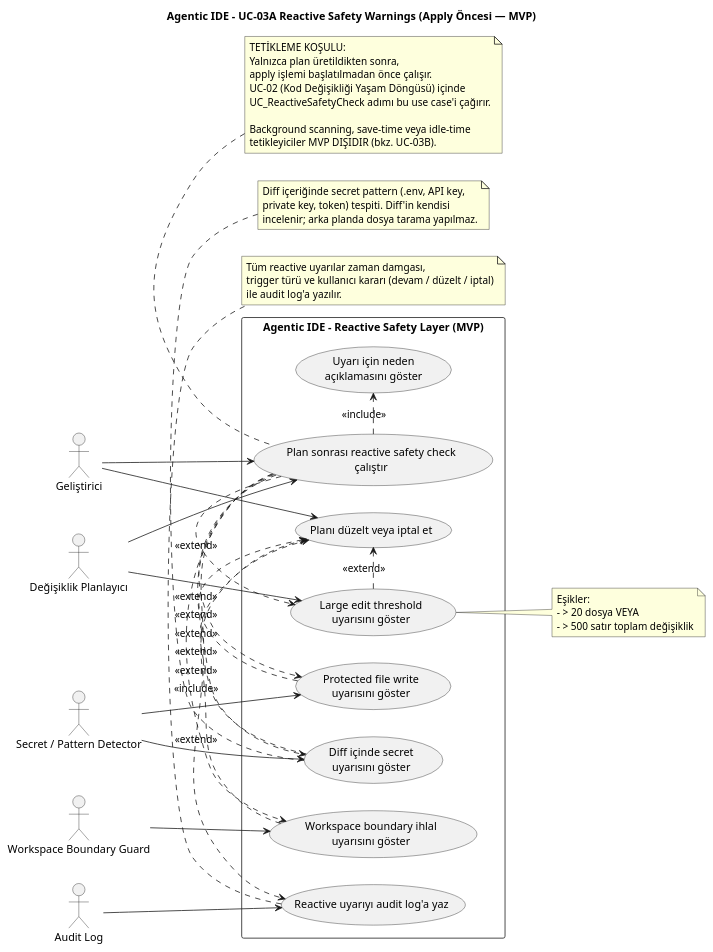
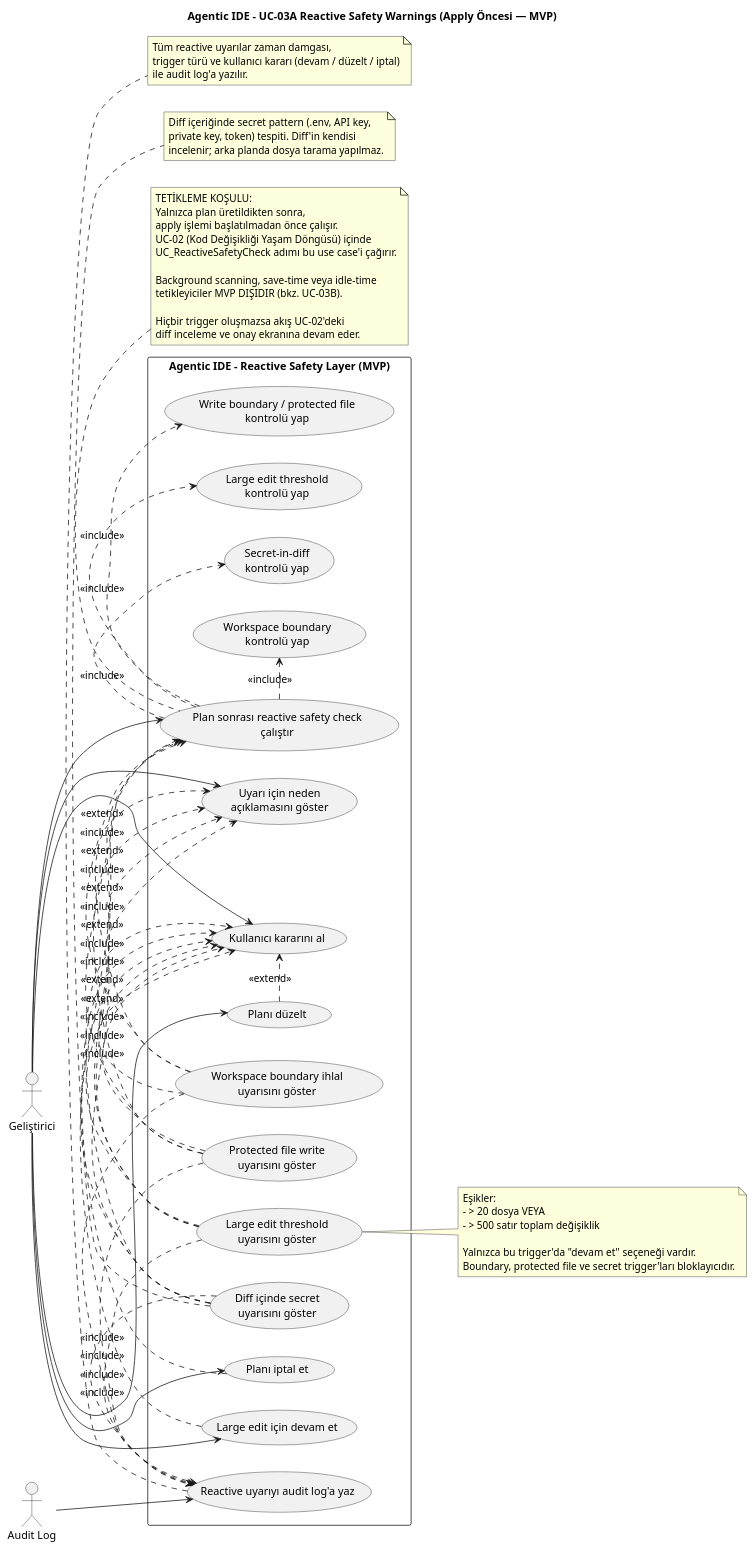
One commit to TurkishKEBAB/Agentic-Ide changed the diagram in diagrams/UC/UC-03A-reactive-safety-warnings.puml. Above: the diagram before and after it, drawn with PlantUML. The commit also changed 89 other files, not shown here.

```diff
--- a/diagrams/UC/UC-03A-reactive-safety-warnings.puml
+++ b/diagrams/UC/UC-03A-reactive-safety-warnings.puml
@@ -1,78 +1,100 @@
-@startuml
+@startuml UC_03A_reactive_safety_warnings
 title Agentic IDE - UC-03A Reactive Safety Warnings (Apply Öncesi — MVP)
 left to right direction
 skinparam packageStyle rectangle
 skinparam shadowing false
 
 ' KAPSAM: Bu use case yalnızca KULLANICI TETİKLEMELİ akış içinde,
 ' plan üretildikten sonra ve apply edilmeden önce çalışır.
 ' Background (arka plan) proaktif analiz MVP DIŞIDIR (bkz. UC-03B).
 
 actor "Geliştirici" as Developer
-actor "Değişiklik Planlayıcı" as ChangePlanner
-actor "Secret / Pattern Detector" as SecretDetector
-actor "Workspace Boundary Guard" as BoundaryGuard
 actor "Audit Log" as AuditLog
 
 rectangle "Agentic IDE - Reactive Safety Layer (MVP)" {
   usecase "Plan sonrası reactive safety check\nçalıştır" as UC_RunReactiveCheck
+  usecase "Workspace boundary\nkontrolü yap" as UC_CheckBoundary
+  usecase "Write boundary / protected file\nkontrolü yap" as UC_CheckProtectedWrite
+  usecase "Large edit threshold\nkontrolü yap" as UC_CheckLargeEdit
+  usecase "Secret-in-diff\nkontrolü yap" as UC_CheckSecretInDiff
   usecase "Workspace boundary ihlal\nuyarısını göster" as UC_ShowBoundaryViolation
   usecase "Protected file write\nuyarısını göster" as UC_ShowProtectedFileWrite
   usecase "Large edit threshold\nuyarısını göster" as UC_ShowLargeEdit
   usecase "Diff içinde secret\nuyarısını göster" as UC_ShowSecretInDiff
   usecase "Uyarı için neden\naçıklamasını göster" as UC_ShowWhy
-  usecase "Planı düzelt veya iptal et" as UC_RevisePlanOrCancel
+  usecase "Kullanıcı kararını al" as UC_GetUserDecision
+  usecase "Planı düzelt" as UC_RevisePlan
+  usecase "Planı iptal et" as UC_CancelPlan
+  usecase "Large edit için devam et" as UC_ContinueLargeEdit
   usecase "Reactive uyarıyı audit log'a yaz" as UC_LogReactiveAlert
 }
 
 Developer --> UC_RunReactiveCheck
-Developer --> UC_RevisePlanOrCancel
+Developer --> UC_ShowWhy
+Developer --> UC_GetUserDecision
+Developer --> UC_RevisePlan
+Developer --> UC_CancelPlan
+Developer --> UC_ContinueLargeEdit
 
-ChangePlanner --> UC_RunReactiveCheck
-ChangePlanner --> UC_ShowLargeEdit
-SecretDetector --> UC_ShowSecretInDiff
-SecretDetector --> UC_ShowProtectedFileWrite
-BoundaryGuard --> UC_ShowBoundaryViolation
 AuditLog --> UC_LogReactiveAlert
 
-UC_RunReactiveCheck .> UC_ShowBoundaryViolation : <<extend>>
-UC_RunReactiveCheck .> UC_ShowProtectedFileWrite : <<extend>>
-UC_RunReactiveCheck .> UC_ShowLargeEdit : <<extend>>
-UC_RunReactiveCheck .> UC_ShowSecretInDiff : <<extend>>
-UC_RunReactiveCheck .> UC_ShowWhy : <<include>>
-UC_RunReactiveCheck .> UC_LogReactiveAlert : <<include>>
-UC_ShowBoundaryViolation .> UC_RevisePlanOrCancel : <<extend>>
-UC_ShowProtectedFileWrite .> UC_RevisePlanOrCancel : <<extend>>
-UC_ShowLargeEdit .> UC_RevisePlanOrCancel : <<extend>>
-UC_ShowSecretInDiff .> UC_RevisePlanOrCancel : <<extend>>
+UC_RunReactiveCheck .> UC_CheckBoundary : <<include>>
+UC_RunReactiveCheck .> UC_CheckProtectedWrite : <<include>>
+UC_RunReactiveCheck .> UC_CheckLargeEdit : <<include>>
+UC_RunReactiveCheck .> UC_CheckSecretInDiff : <<include>>
+UC_ShowBoundaryViolation .> UC_RunReactiveCheck : <<extend>>
+UC_ShowProtectedFileWrite .> UC_RunReactiveCheck : <<extend>>
+UC_ShowLargeEdit .> UC_RunReactiveCheck : <<extend>>
+UC_ShowSecretInDiff .> UC_RunReactiveCheck : <<extend>>
+UC_ShowBoundaryViolation .> UC_ShowWhy : <<include>>
+UC_ShowProtectedFileWrite .> UC_ShowWhy : <<include>>
+UC_ShowLargeEdit .> UC_ShowWhy : <<include>>
+UC_ShowSecretInDiff .> UC_ShowWhy : <<include>>
+UC_ShowBoundaryViolation .> UC_GetUserDecision : <<include>>
+UC_ShowProtectedFileWrite .> UC_GetUserDecision : <<include>>
+UC_ShowLargeEdit .> UC_GetUserDecision : <<include>>
+UC_ShowSecretInDiff .> UC_GetUserDecision : <<include>>
+UC_ShowBoundaryViolation .> UC_LogReactiveAlert : <<include>>
+UC_ShowProtectedFileWrite .> UC_LogReactiveAlert : <<include>>
+UC_ShowLargeEdit .> UC_LogReactiveAlert : <<include>>
+UC_ShowSecretInDiff .> UC_LogReactiveAlert : <<include>>
+UC_RevisePlan .> UC_GetUserDecision : <<extend>>
+UC_CancelPlan .> UC_GetUserDecision : <<extend>>
+UC_ContinueLargeEdit .> UC_GetUserDecision : <<extend>>
 
 note top of UC_RunReactiveCheck
 TETİKLEME KOŞULU:
 Yalnızca plan üretildikten sonra,
 apply işlemi başlatılmadan önce çalışır.
 UC-02 (Kod Değişikliği Yaşam Döngüsü) içinde
 UC_ReactiveSafetyCheck adımı bu use case'i çağırır.
 
 Background scanning, save-time veya idle-time
 tetikleyiciler MVP DIŞIDIR (bkz. UC-03B).
+
+Hiçbir trigger oluşmazsa akış UC-02'deki
+diff inceleme ve onay ekranına devam eder.
 end note
 
 note right of UC_ShowLargeEdit
 Eşikler:
 - > 20 dosya VEYA
 - > 500 satır toplam değişiklik
+
+Yalnızca bu trigger'da "devam et" seçeneği vardır.
+Boundary, protected file ve secret trigger'ları bloklayıcıdır.
 end note
 
 note bottom of UC_ShowSecretInDiff
 Diff içeriğinde secret pattern (.env, API key,
 private key, token) tespiti. Diff'in kendisi
 incelenir; arka planda dosya tarama yapılmaz.
 end note
 
 note bottom of UC_LogReactiveAlert
 Tüm reactive uyarılar zaman damgası,
 trigger türü ve kullanıcı kararı (devam / düzelt / iptal)
 ile audit log'a yazılır.
 end note
 
 @enduml
```
